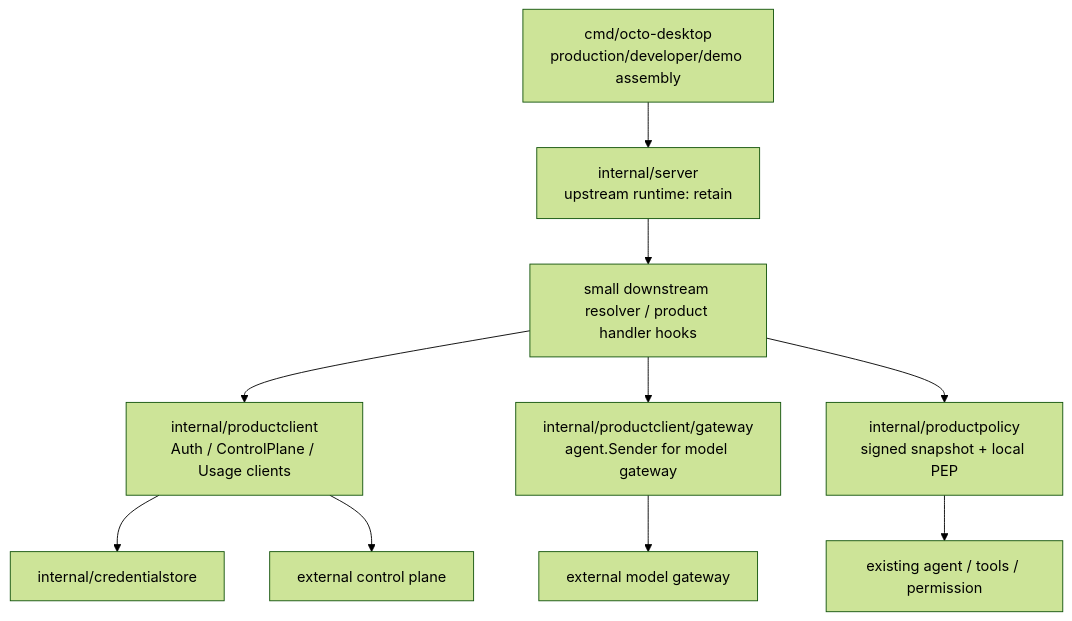
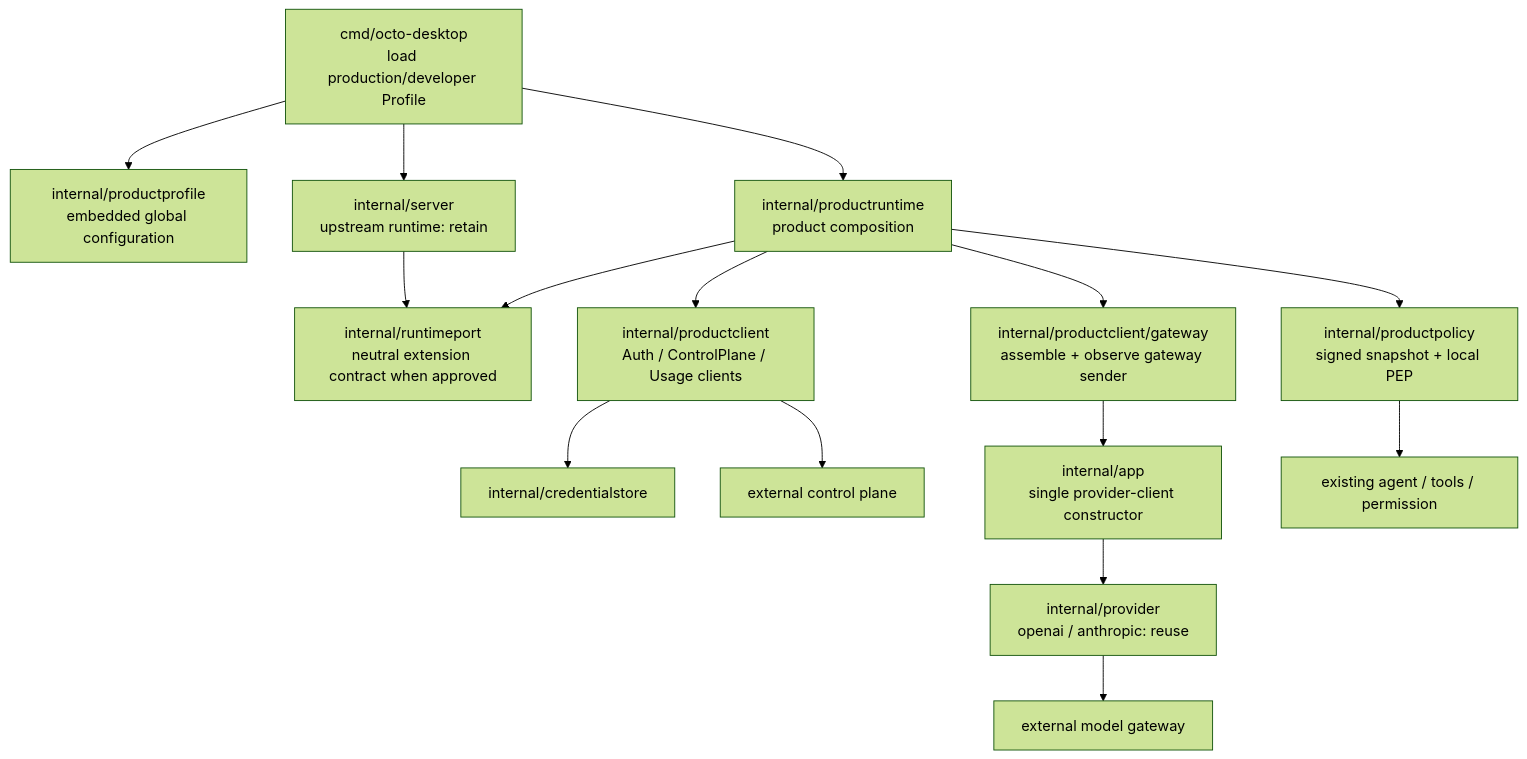
Before and after one commit to USDAble/buding-box-client: the diagram in dev-docs-usdable/需求/20260909/P0-正式服务与Agent演进/客户端架构演进评审.md, drawn with Mermaid (forest theme). The commit also changed other lines of this file and 73 other files, not shown here.

````diff
--- a/dev-docs-usdable/需求/20260909/P0-正式服务与Agent演进/客户端架构演进评审.md
+++ b/dev-docs-usdable/需求/20260909/P0-正式服务与Agent演进/客户端架构演进评审.md
@@ -9,12 +9,17 @@
 ```mermaid
 flowchart TB
-    DESKTOP[cmd/octo-desktop<br/>production/developer/demo assembly] --> SERVER[internal/server<br/>upstream runtime: retain]
-    SERVER --> HOOK[small downstream resolver / product handler hooks]
-    HOOK --> PC[internal/productclient<br/>Auth / ControlPlane / Usage clients]
-    HOOK --> PG[internal/productclient/gateway<br/>agent.Sender for model gateway]
-    HOOK --> PP[internal/productpolicy<br/>signed snapshot + local PEP]
+    DESKTOP[cmd/octo-desktop<br/>load production/developer Profile] --> PROFILE[internal/productprofile<br/>embedded global configuration]
+    DESKTOP --> SERVER[internal/server<br/>upstream runtime: retain]
+    DESKTOP --> RUNTIME[internal/productruntime<br/>product composition]
+    SERVER --> PORT[internal/runtimeport<br/>neutral extension contract when approved]
+    RUNTIME --> PORT
+    RUNTIME --> PC[internal/productclient<br/>Auth / ControlPlane / Usage clients]
+    RUNTIME --> PG[internal/productclient/gateway<br/>assemble + observe gateway sender]
+    RUNTIME --> PP[internal/productpolicy<br/>signed snapshot + local PEP]
     PC --> CREDS[internal/credentialstore]
     PC --> CP[external control plane]
-    PG --> GW[external model gateway]
+    PG --> APP[internal/app<br/>single provider-client constructor]
+    APP --> PROV[internal/provider<br/>openai / anthropic: reuse]
+    PROV --> GW[external model gateway]
     PP --> TOOLS[existing agent / tools / permission]
 ```
````
